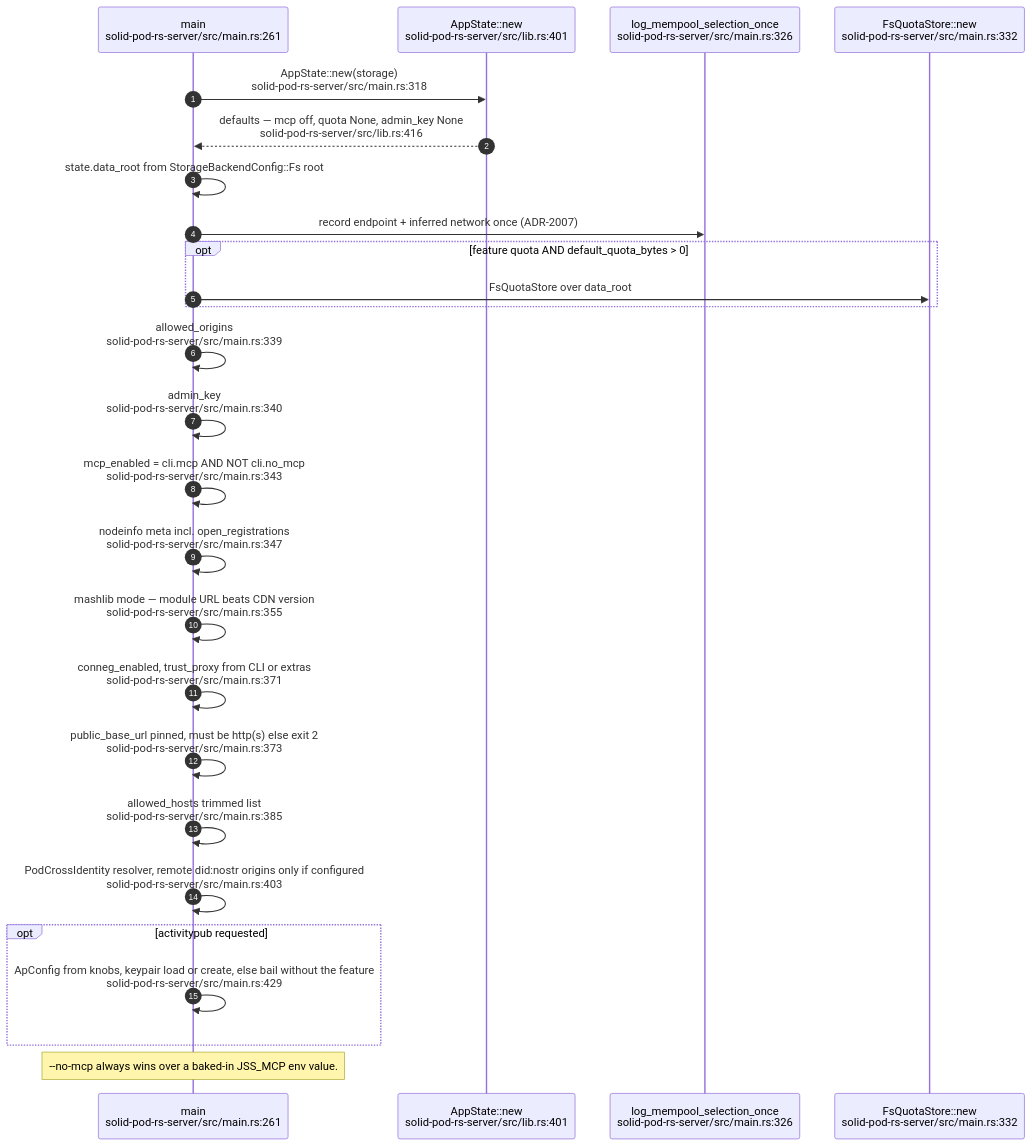
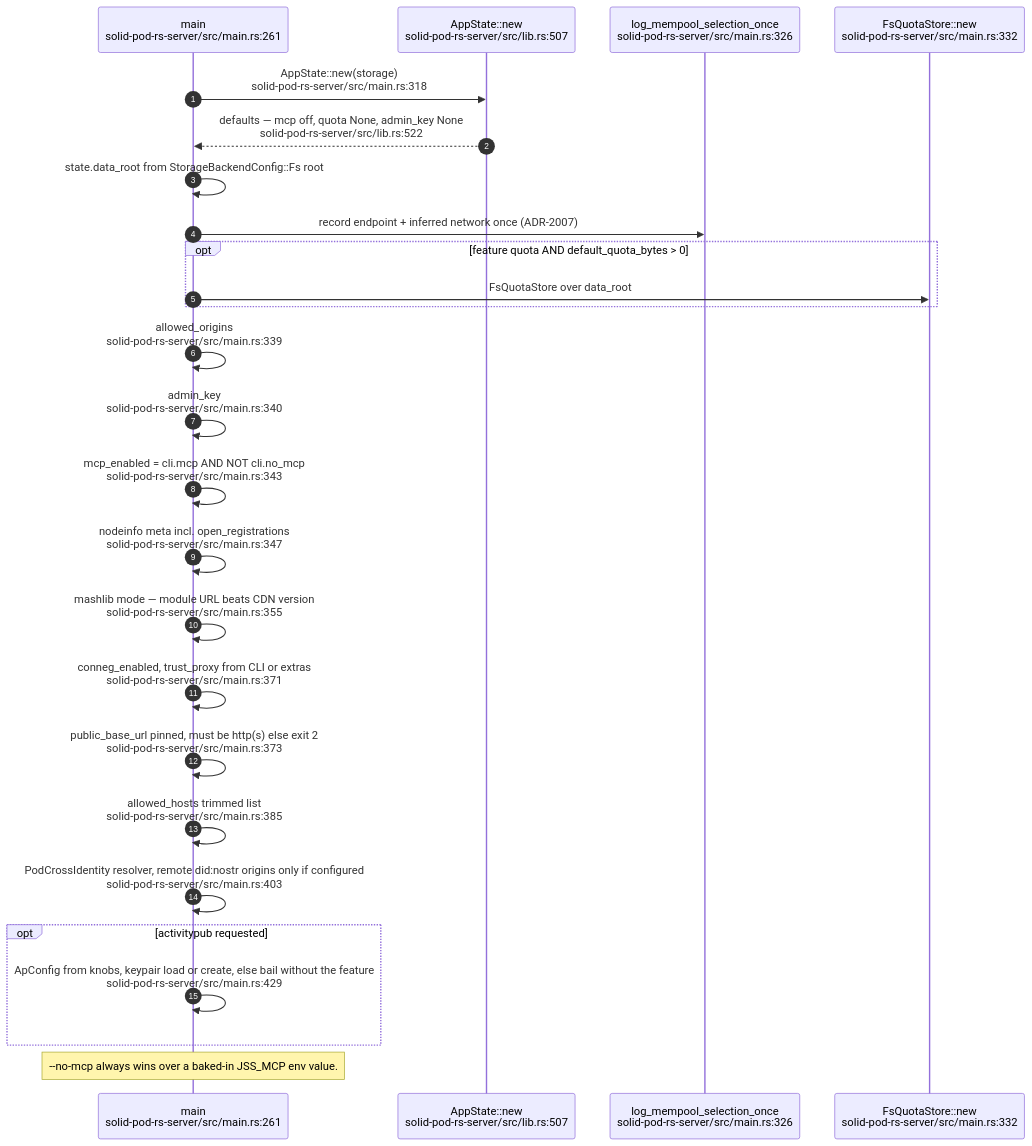
Before and after one commit to DreamLab-AI/VisionFlow: the second of 11 diagrams in docs/diagrams/solid-pod-rs/02-server-boot-and-routes.md, drawn with Mermaid. The commit also changed other lines of this file and 154 other files, not shown here.

First line of the commit message:
docs(diagrams): re-stamp 154 topics whose every citation still reads the same text at the current heads

````diff
--- a/docs/diagrams/solid-pod-rs/02-server-boot-and-routes.md
+++ b/docs/diagrams/solid-pod-rs/02-server-boot-and-routes.md
@@ -62,29 +62,29 @@
 ```mermaid
 sequenceDiagram
     autonumber
     participant M as main<br/>solid-pod-rs-server/src/main.rs:261
-    participant S as AppState::new<br/>solid-pod-rs-server/src/lib.rs:401
+    participant S as AppState::new<br/>solid-pod-rs-server/src/lib.rs:507
     participant MP as log_mempool_selection_once<br/>solid-pod-rs-server/src/main.rs:326
     participant Q as FsQuotaStore::new<br/>solid-pod-rs-server/src/main.rs:332
 
     M->>S: AppState::new(storage)<br/>solid-pod-rs-server/src/main.rs:318
-    S-->>M: defaults — mcp off, quota None, admin_key None<br/>solid-pod-rs-server/src/lib.rs:416
+    S-->>M: defaults — mcp off, quota None, admin_key None<br/>solid-pod-rs-server/src/lib.rs:522
     M->>M: state.data_root from StorageBackendConfig::Fs root
     M->>MP: record endpoint + inferred network once (ADR-2007)
     opt feature quota AND default_quota_bytes > 0
         M->>Q: FsQuotaStore over data_root
     end
     M->>M: allowed_origins<br/>solid-pod-rs-server/src/main.rs:339
     M->>M: admin_key<br/>solid-pod-rs-server/src/main.rs:340
     M->>M: mcp_enabled = cli.mcp AND NOT cli.no_mcp<br/>solid-pod-rs-server/src/main.rs:343
     M->>M: nodeinfo meta incl. open_registrations<br/>solid-pod-rs-server/src/main.rs:347
     M->>M: mashlib mode — module URL beats CDN version<br/>solid-pod-rs-server/src/main.rs:355
     M->>M: conneg_enabled, trust_proxy from CLI or extras<br/>solid-pod-rs-server/src/main.rs:371
     M->>M: public_base_url pinned, must be http(s) else exit 2<br/>solid-pod-rs-server/src/main.rs:373
     M->>M: allowed_hosts trimmed list<br/>solid-pod-rs-server/src/main.rs:385
     M->>M: PodCrossIdentity resolver, remote did:nostr origins only if configured<br/>solid-pod-rs-server/src/main.rs:403
     opt activitypub requested
         M->>M: ApConfig from knobs, keypair load or create, else bail without the feature<br/>solid-pod-rs-server/src/main.rs:429
     end
     Note over M: --no-mcp always wins over a baked-in JSS_MCP env value.
 ```
````
